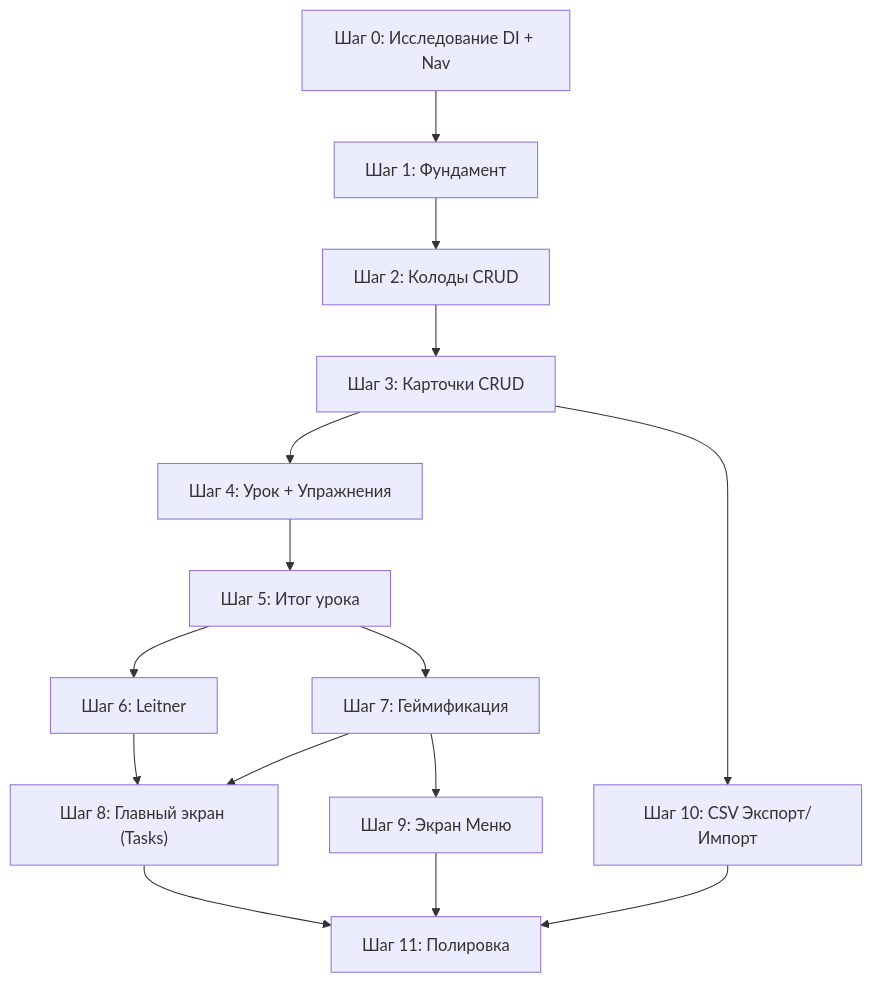
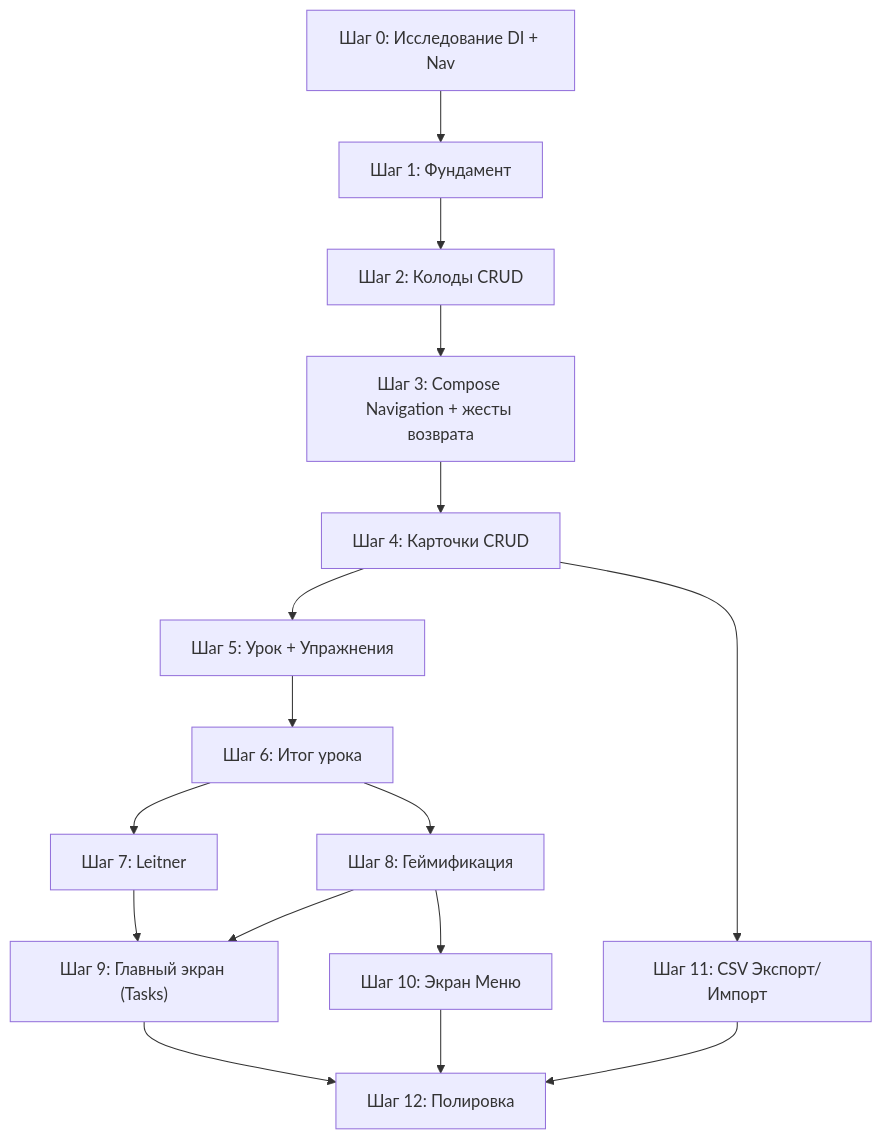
One commit to PavkaBrika/Repetrail-KMP changed the second of 2 diagrams in docs/MASTER_PLAN.md. Above: the diagram before and after it, drawn with Mermaid. The commit also changed other lines of this file and 1 other file, not shown here.

````diff
--- a/docs/MASTER_PLAN.md
+++ b/docs/MASTER_PLAN.md
@@ -512,17 +555,18 @@
 ```mermaid
 flowchart TD
     S0["Шаг 0: Исследование DI + Nav"] --> S1["Шаг 1: Фундамент"]
     S1 --> S2["Шаг 2: Колоды CRUD"]
-    S2 --> S3["Шаг 3: Карточки CRUD"]
-    S3 --> S4["Шаг 4: Урок + Упражнения"]
-    S4 --> S5["Шаг 5: Итог урока"]
-    S5 --> S6["Шаг 6: Leitner"]
-    S5 --> S7["Шаг 7: Геймификация"]
-    S6 --> S8["Шаг 8: Главный экран (Tasks)"]
-    S7 --> S8
-    S7 --> S9["Шаг 9: Экран Меню"]
-    S3 --> S10["Шаг 10: CSV Экспорт/Импорт"]
-    S8 --> S11["Шаг 11: Полировка"]
-    S9 --> S11
-    S10 --> S11
+    S2 --> S3["Шаг 3: Compose Navigation + жесты возврата"]
+    S3 --> S4["Шаг 4: Карточки CRUD"]
+    S4 --> S5["Шаг 5: Урок + Упражнения"]
+    S5 --> S6["Шаг 6: Итог урока"]
+    S6 --> S7["Шаг 7: Leitner"]
+    S6 --> S8["Шаг 8: Геймификация"]
+    S7 --> S9["Шаг 9: Главный экран (Tasks)"]
+    S8 --> S9
+    S8 --> S10["Шаг 10: Экран Меню"]
+    S4 --> S11["Шаг 11: CSV Экспорт/Импорт"]
+    S9 --> S12["Шаг 12: Полировка"]
+    S10 --> S12
+    S11 --> S12
 ```
````
